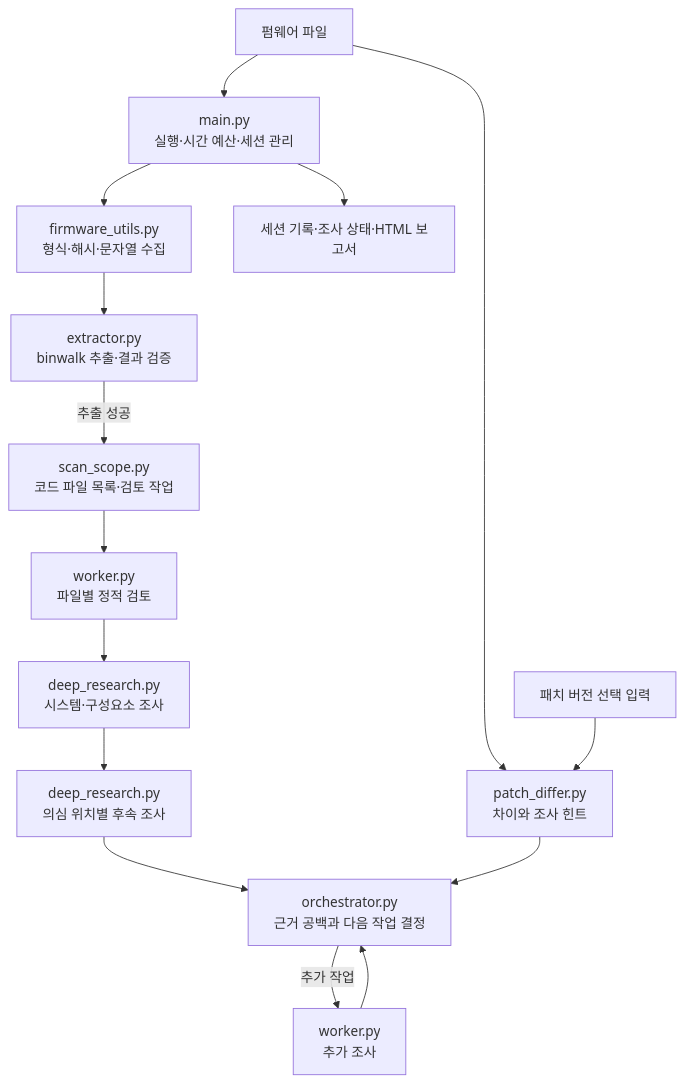
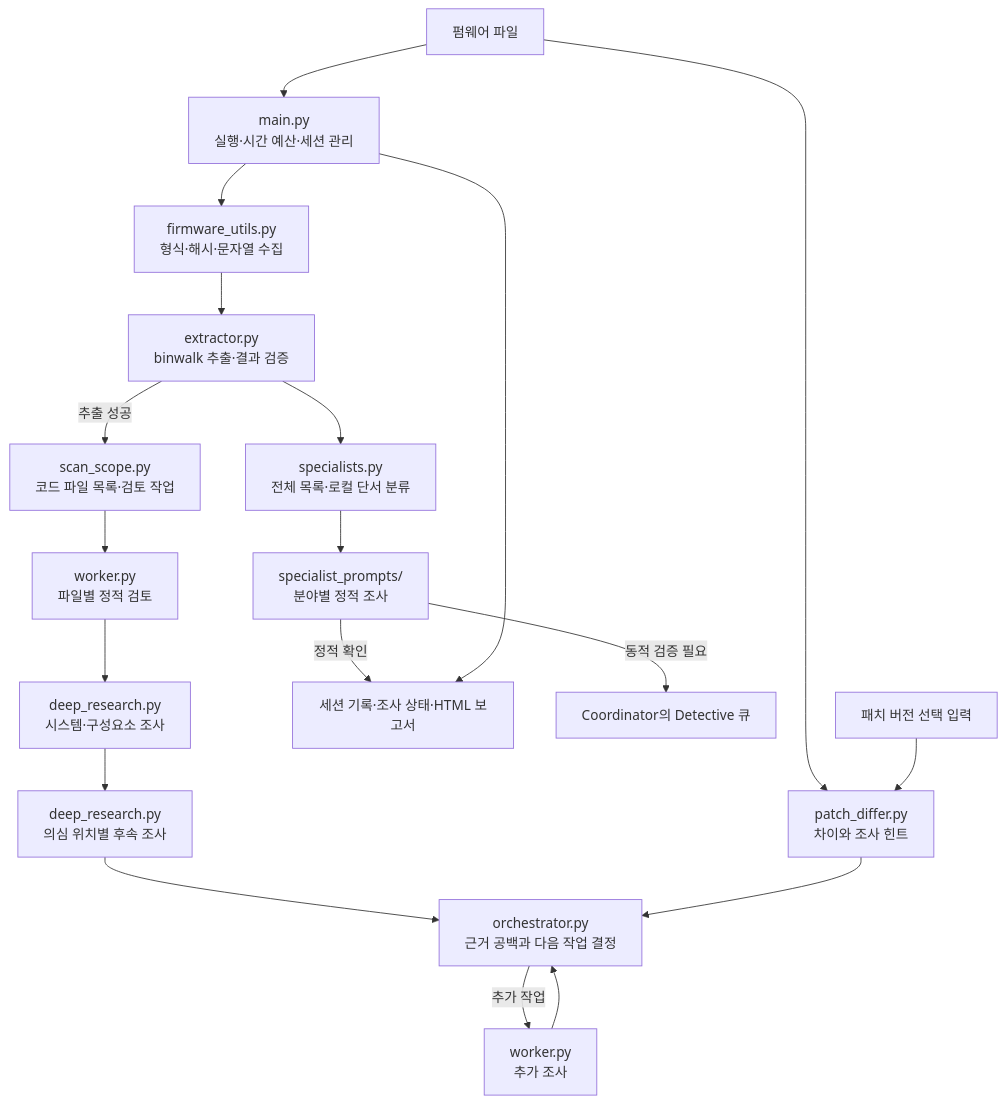
One commit to gl4sss/FBI changed the diagram in investigator/README.md. Above: the diagram before and after it, drawn with Mermaid. The commit also changed other lines of this file and 25 other files, not shown here.

````diff
--- a/investigator/README.md
+++ b/investigator/README.md
@@ -9,17 +9,21 @@
 ```mermaid
 flowchart TD
     FW["펌웨어 파일"] --> MAIN["main.py<br/>실행·시간 예산·세션 관리"]
     MAIN --> INFO["firmware_utils.py<br/>형식·해시·문자열 수집"]
     INFO --> EXT["extractor.py<br/>binwalk 추출·결과 검증"]
     FW --> DIFF["patch_differ.py<br/>차이와 조사 힌트"]
     PATCH["패치 버전 선택 입력"] --> DIFF
     EXT -->|"추출 성공"| SCAN["scan_scope.py<br/>코드 파일 목록·검토 작업"]
+    EXT --> ROUTE["specialists.py<br/>전체 목록·로컬 단서 분류"]
+    ROUTE --> SP["specialist_prompts/<br/>분야별 정적 조사"]
+    SP -->|"정적 확인"| OUT
+    SP -->|"동적 검증 필요"| DET["Coordinator의 Detective 큐"]
     SCAN --> REVIEW["worker.py<br/>파일별 정적 검토"]
     REVIEW --> BASE["deep_research.py<br/>시스템·구성요소 조사"]
     BASE --> FIND["deep_research.py<br/>의심 위치별 후속 조사"]
     FIND --> ORCH["orchestrator.py<br/>근거 공백과 다음 작업 결정"]
     ORCH -->|"추가 작업"| WORK["worker.py<br/>추가 조사"]
     WORK --> ORCH
     DIFF --> ORCH
     MAIN --> OUT["세션 기록·조사 상태·HTML 보고서"]
 ```
````
